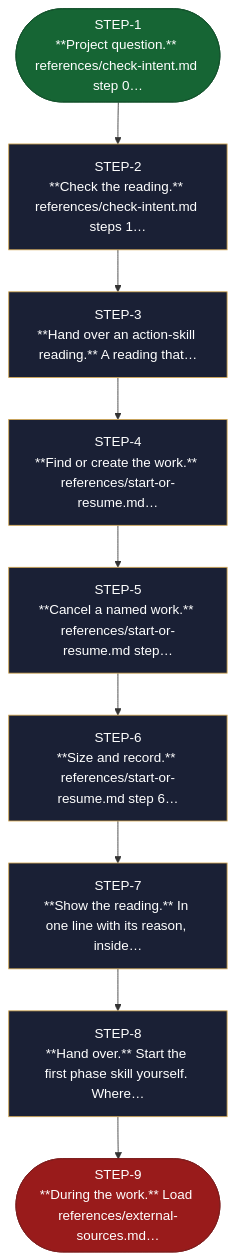
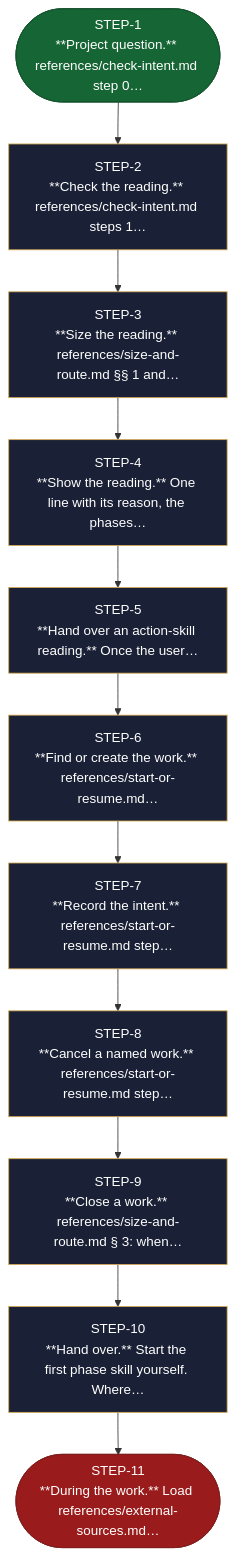
One commit to AndreVianna/aid-methodology changed the diagram in site/src/content/docs/skills/aid-orchestrate.md. Above: the diagram before and after it, drawn with Mermaid. The commit also changed other lines of this file and 82 other files, not shown here.

````diff
--- a/site/src/content/docs/skills/aid-orchestrate.md
+++ b/site/src/content/docs/skills/aid-orchestrate.md
@@ -22,44 +22,52 @@
 ```mermaid
 flowchart TB
   classDef aidNode color:#fff
   classDef aidEntry fill:#166534,stroke:#14532d,color:#fff
   classDef aidExit fill:#991b1b,stroke:#7f1d1d,color:#fff
   classDef aidDecision fill:#92400e,stroke:#78350f,color:#fff
   classDef aidLoopBack fill:#1e3a8a,stroke:#1e3a8a,color:#fff
   classDef aidStep fill:#1a2035,stroke:#d4a853,color:#f1f5f9
   n1(["STEP-1<br/>**Project question.** references/check-intent.md step 0…"])
   n2["STEP-2<br/>**Check the reading.** references/check-intent.md steps 1…"]
-  n3["STEP-3<br/>**Hand over an action-skill reading.** A reading that…"]
-  n4["STEP-4<br/>**Find or create the work.** references/start-or-resume.md…"]
-  n5["STEP-5<br/>**Cancel a named work.** references/start-or-resume.md step…"]
-  n6["STEP-6<br/>**Size and record.** references/start-or-resume.md step 6…"]
-  n7["STEP-7<br/>**Show the reading.** In one line with its reason, inside…"]
-  n8["STEP-8<br/>**Hand over.** Start the first phase skill yourself. Where…"]
-  n9(["STEP-9<br/>**During the work.** Load references/external-sources.md…"])
+  n3["STEP-3<br/>**Size the reading.** references/size-and-route.md §§ 1 and…"]
+  n4["STEP-4<br/>**Show the reading.** One line with its reason, the phases…"]
+  n5["STEP-5<br/>**Hand over an action-skill reading.** Once the user…"]
+  n6["STEP-6<br/>**Find or create the work.** references/start-or-resume.md…"]
+  n7["STEP-7<br/>**Record the intent.** references/start-or-resume.md step…"]
+  n8["STEP-8<br/>**Cancel a named work.** references/start-or-resume.md step…"]
+  n9["STEP-9<br/>**Close a work.** references/size-and-route.md § 3: when…"]
+  n10["STEP-10<br/>**Hand over.** Start the first phase skill yourself. Where…"]
+  n11(["STEP-11<br/>**During the work.** Load references/external-sources.md…"])
   n1 --> n2
   n2 --> n3
   n3 --> n4
   n4 --> n5
   n5 --> n6
   n6 --> n7
   n7 --> n8
   n8 --> n9
+  n9 --> n10
+  n10 --> n11
   class n1 aidEntry
   class n2 aidStep
   class n3 aidStep
   class n4 aidStep
   class n5 aidStep
   class n6 aidStep
   class n7 aidStep
   class n8 aidStep
-  class n9 aidExit
+  class n9 aidStep
+  class n10 aidStep
+  class n11 aidExit
   class n1 aidNode
   class n2 aidNode
   class n3 aidNode
   class n4 aidNode
   class n5 aidNode
   class n6 aidNode
   class n7 aidNode
   class n8 aidNode
   class n9 aidNode
+  class n10 aidNode
+  class n11 aidNode
 ```
````
